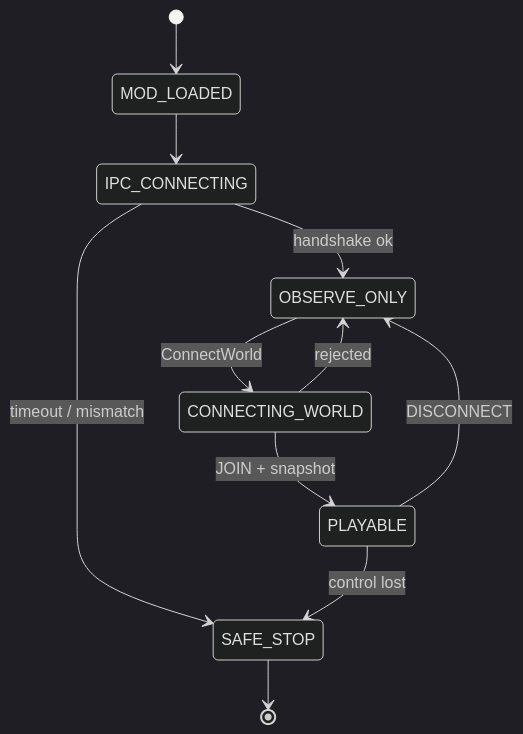
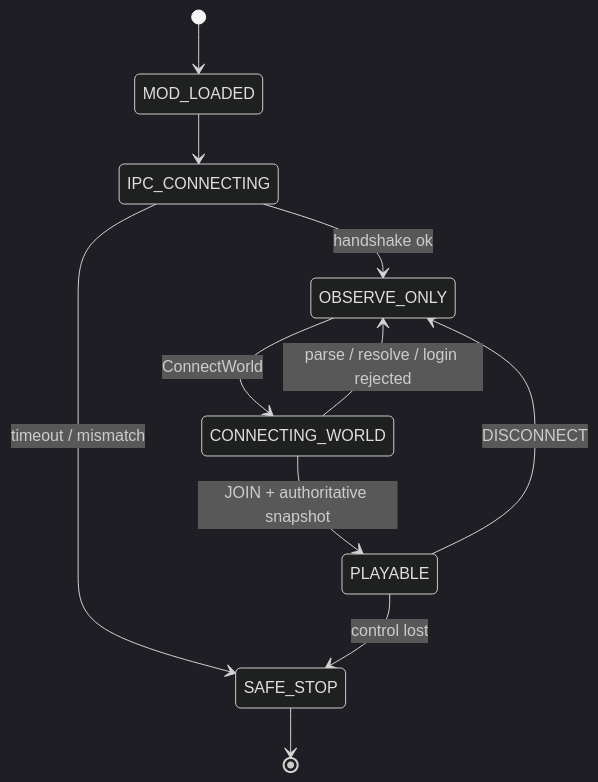
The diagram in docs/p0-bridge-bootstrap-contract.md (printlndarling/minekin), drawn with Mermaid (dark theme) before and after one commit. The commit also changed other lines of this file and 7 other files, not shown here.

````diff
--- a/docs/p0-bridge-bootstrap-contract.md
+++ b/docs/p0-bridge-bootstrap-contract.md
@@ -81,13 +81,13 @@
 ```mermaid
 stateDiagram-v2
     [*] --> MOD_LOADED
     MOD_LOADED --> IPC_CONNECTING
     IPC_CONNECTING --> OBSERVE_ONLY: handshake ok
     IPC_CONNECTING --> SAFE_STOP: timeout / mismatch
     OBSERVE_ONLY --> CONNECTING_WORLD: ConnectWorld
-    CONNECTING_WORLD --> PLAYABLE: JOIN + snapshot
-    CONNECTING_WORLD --> OBSERVE_ONLY: rejected
+    CONNECTING_WORLD --> PLAYABLE: JOIN + authoritative snapshot
+    CONNECTING_WORLD --> OBSERVE_ONLY: parse / resolve / login rejected
     PLAYABLE --> OBSERVE_ONLY: DISCONNECT
     PLAYABLE --> SAFE_STOP: control lost
     SAFE_STOP --> [*]
 ```
````
